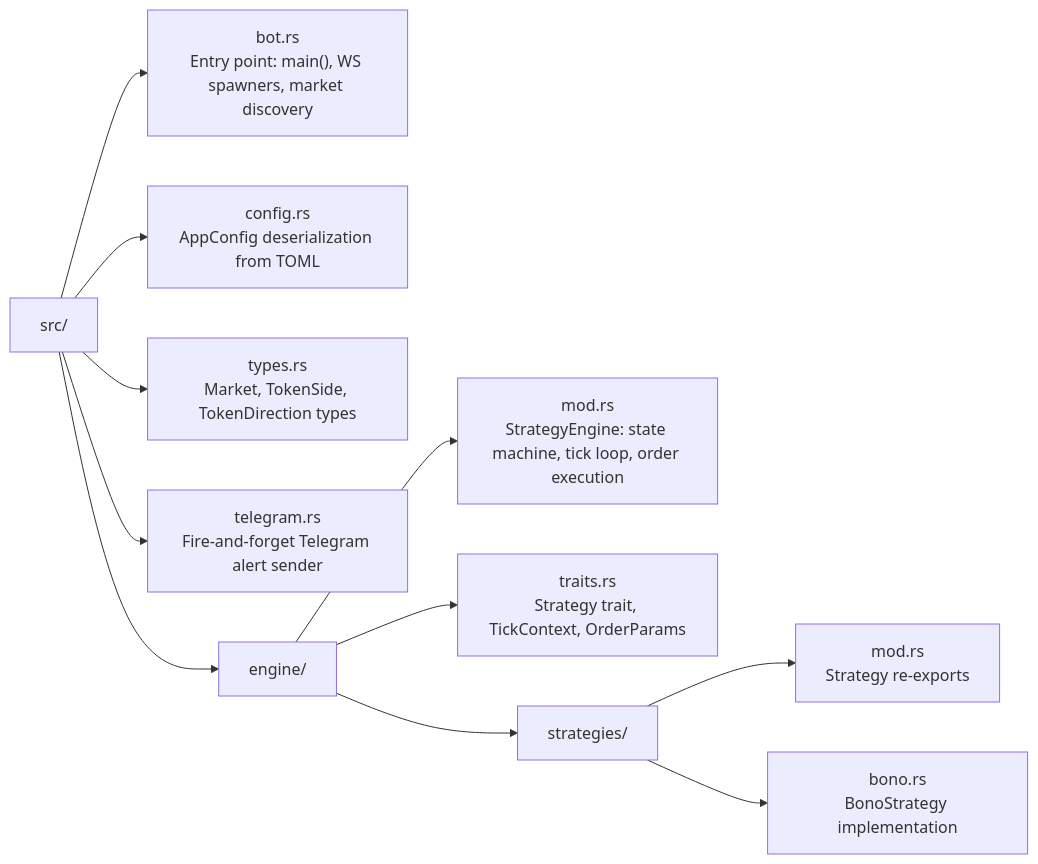
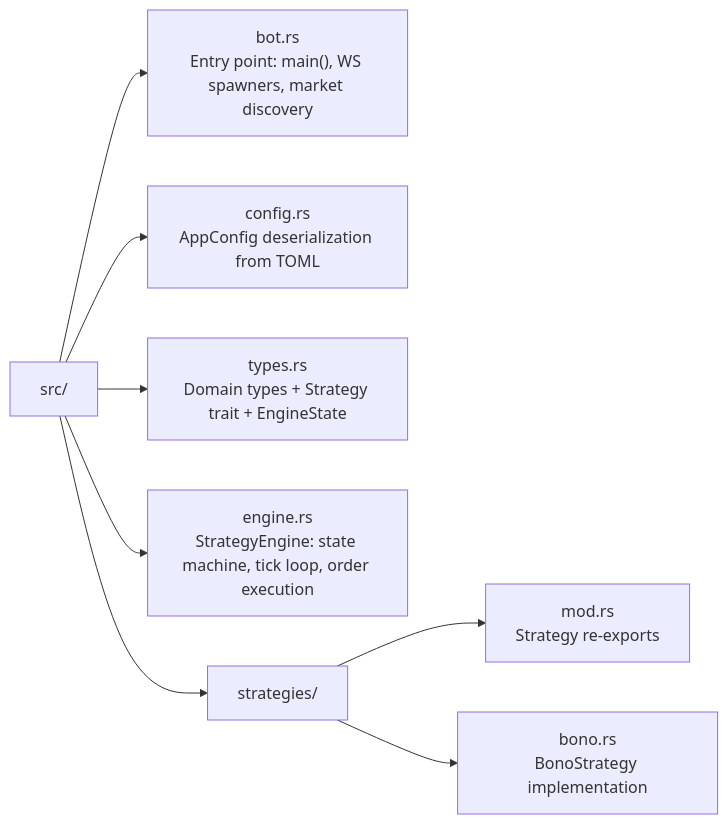
The second of 3 diagrams in docs/ARCHITECTURE.md (bbono/serekes), drawn with Mermaid before and after one commit. The commit also changed other lines of this file and 6 other files, not shown here.

First line of the commit message:
Reorganize engine: flatten structure, consolidate types

````diff
--- a/docs/ARCHITECTURE.md
+++ b/docs/ARCHITECTURE.md
@@ -64,13 +64,10 @@
 ```mermaid
 graph LR
     SRC["src/"] --> BOT["bot.rs<br/>Entry point: main(), WS spawners, market discovery"]
     SRC --> CFG["config.rs<br/>AppConfig deserialization from TOML"]
-    SRC --> TYP["types.rs<br/>Market, TokenSide, TokenDirection types"]
-    SRC --> TG["telegram.rs<br/>Fire-and-forget Telegram alert sender"]
-    SRC --> ENG["engine/"]
-    ENG --> MOD["mod.rs<br/>StrategyEngine: state machine, tick loop, order execution"]
-    ENG --> TRAITS["traits.rs<br/>Strategy trait, TickContext, OrderParams"]
-    ENG --> STRAT["strategies/"]
+    SRC --> TYP["types.rs<br/>Domain types + Strategy trait + EngineState"]
+    SRC --> ENG["engine.rs<br/>StrategyEngine: state machine, tick loop, order execution"]
+    SRC --> STRAT["strategies/"]
     STRAT --> SMOD["mod.rs<br/>Strategy re-exports"]
     STRAT --> BONO["bono.rs<br/>BonoStrategy implementation"]
 ```
````
